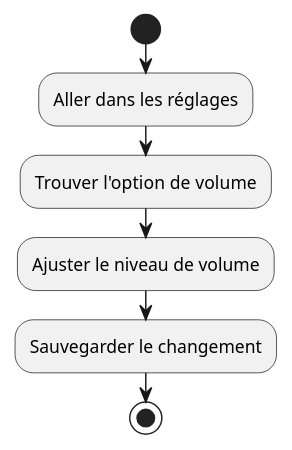
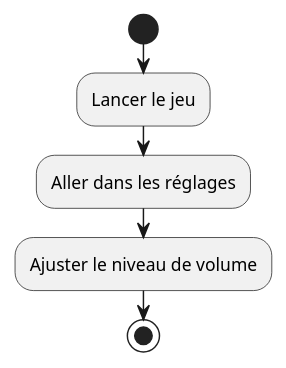
The diagram in Diagram/ActivityDiagram/manageSound.puml (LosVerinos/Crossy-Road), drawn with PlantUML before and after one commit. The commit also changed 13 other files, not shown here.

Commit message:
première modif sur les diagrammes d'activités

```diff
--- a/Diagram/ActivityDiagram/manageSound.puml
+++ b/Diagram/ActivityDiagram/manageSound.puml
@@ -1,8 +1,7 @@
 @startuml
 start
+:Lancer le jeu;
 :Aller dans les réglages;
-:Trouver l'option de volume;
 :Ajuster le niveau de volume;
-:Sauvegarder le changement;
 stop
 @enduml
```
